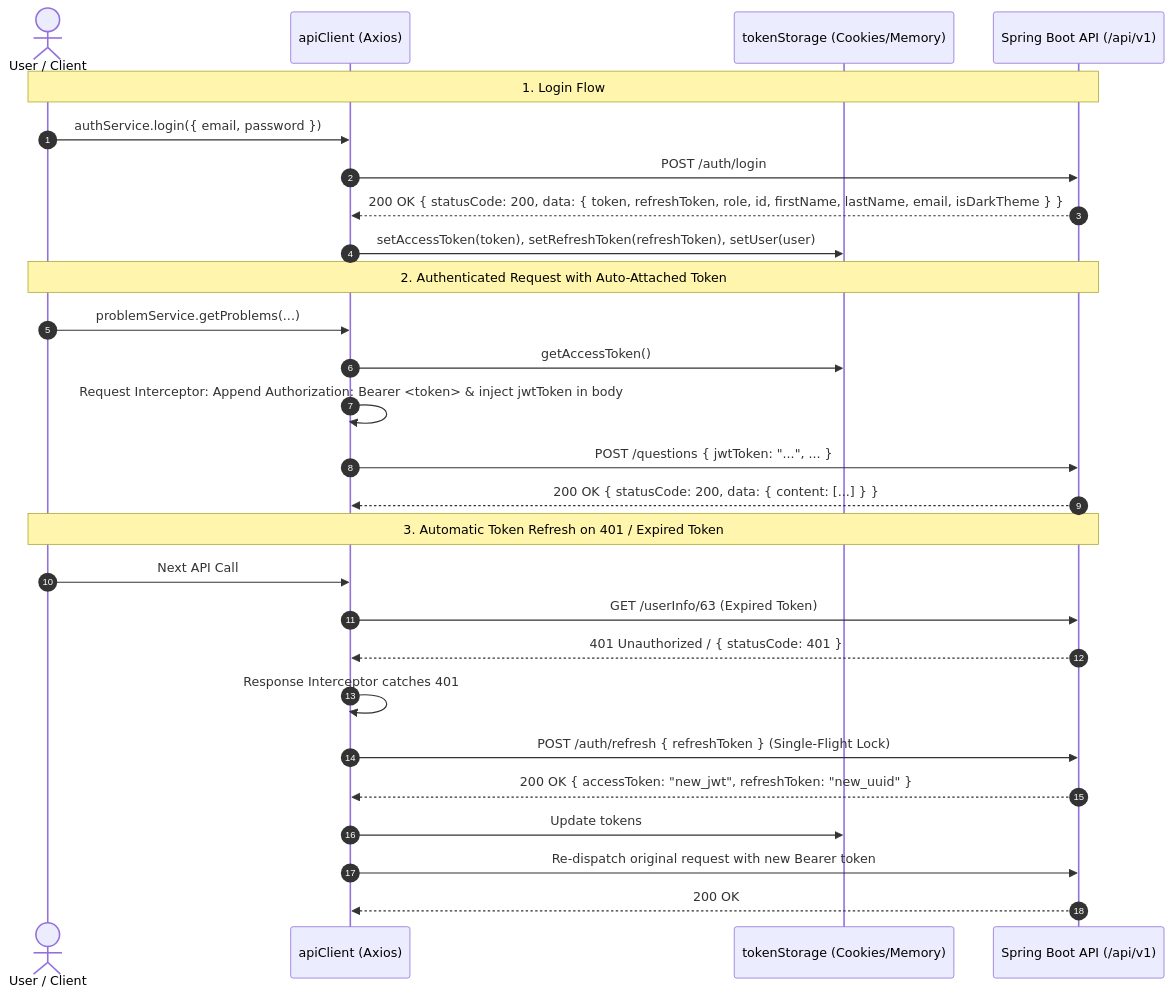
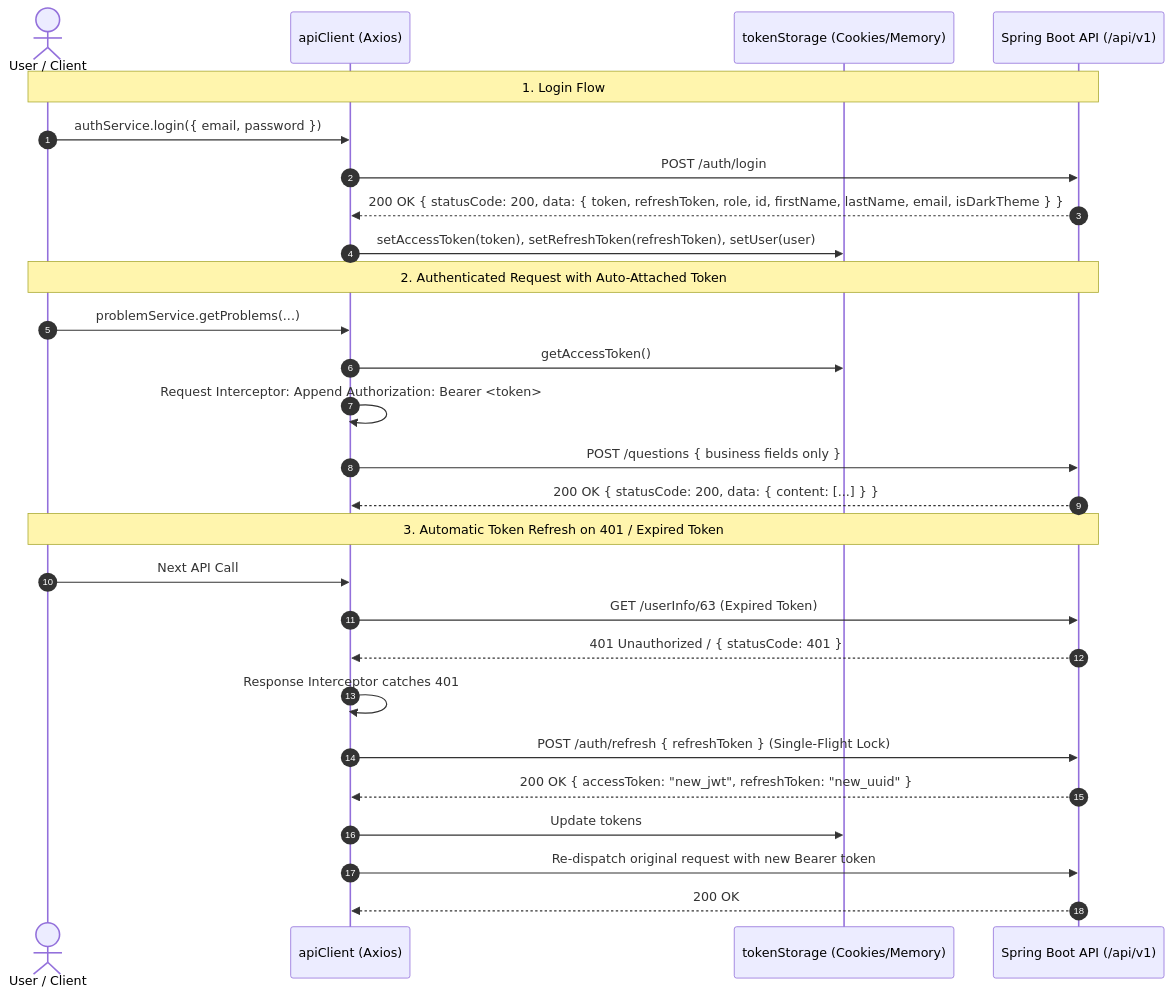
One commit to Jagadeesh913/Connect2Coode changed the diagram in docs/project/05_api_contracts_and_security.md. Above: the diagram before and after it, drawn with Mermaid. The commit also changed other lines of this file and 83 other files, not shown here.

````diff
--- a/docs/project/05_api_contracts_and_security.md
+++ b/docs/project/05_api_contracts_and_security.md
@@ -30,32 +30,32 @@
 ```mermaid
 sequenceDiagram
     autonumber
     actor User as User / Client
     participant Client as apiClient (Axios)
     participant Storage as tokenStorage (Cookies/Memory)
     participant API as Spring Boot API (/api/v1)
 
     Note over User,API: 1. Login Flow
     User->>Client: authService.login({ email, password })
     Client->>API: POST /auth/login
     API-->>Client: 200 OK { statusCode: 200, data: { token, refreshToken, role, id, firstName, lastName, email, isDarkTheme } }
     Client->>Storage: setAccessToken(token), setRefreshToken(refreshToken), setUser(user)
 
     Note over User,API: 2. Authenticated Request with Auto-Attached Token
     User->>Client: problemService.getProblems(...)
     Client->>Storage: getAccessToken()
-    Client->>Client: Request Interceptor: Append Authorization: Bearer <token> & inject jwtToken in body
-    Client->>API: POST /questions { jwtToken: "...", ... }
+    Client->>Client: Request Interceptor: Append Authorization: Bearer <token>
+    Client->>API: POST /questions { business fields only }
     API-->>Client: 200 OK { statusCode: 200, data: { content: [...] } }
 
     Note over User,API: 3. Automatic Token Refresh on 401 / Expired Token
     User->>Client: Next API Call
     Client->>API: GET /userInfo/63 (Expired Token)
     API-->>Client: 401 Unauthorized / { statusCode: 401 }
     Client->>Client: Response Interceptor catches 401
     Client->>API: POST /auth/refresh { refreshToken } (Single-Flight Lock)
     API-->>Client: 200 OK { accessToken: "new_jwt", refreshToken: "new_uuid" }
     Client->>Storage: Update tokens
     Client->>API: Re-dispatch original request with new Bearer token
     API-->>Client: 200 OK
 ```
````
